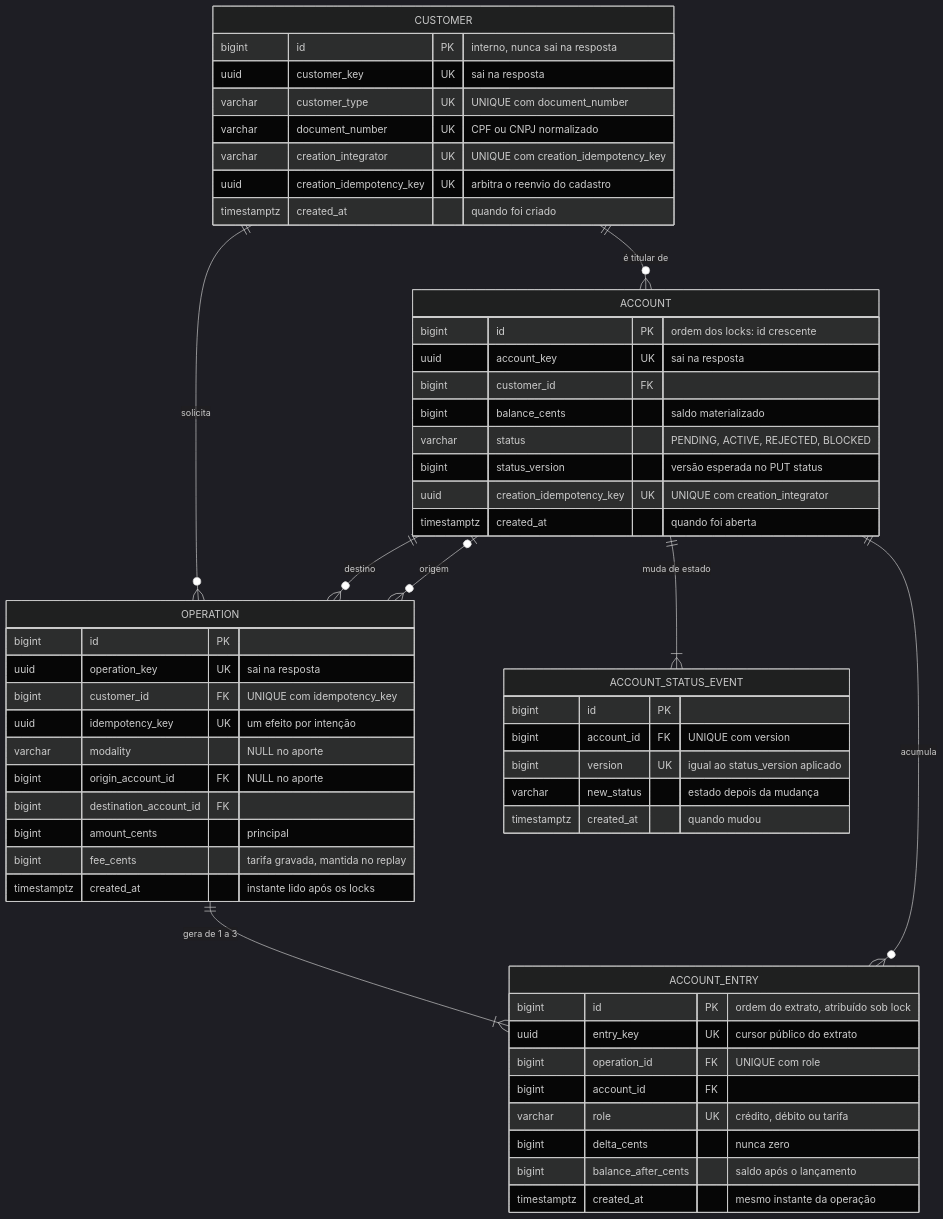
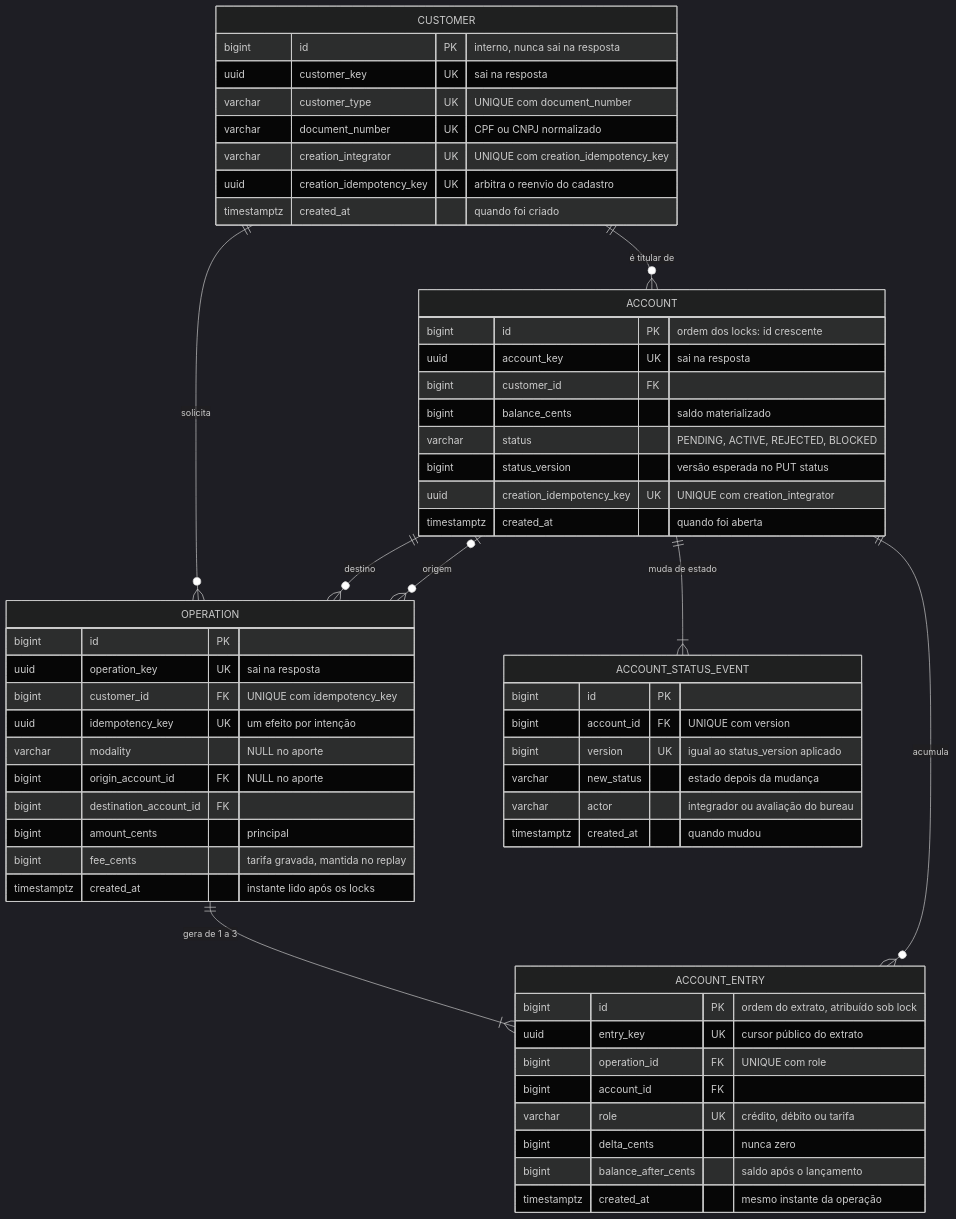
One commit to caiovilquer/qi-tech-projeto changed the fourth of 13 diagrams in docs/RFC-v8.md. Above: the diagram before and after it, drawn with Mermaid (dark theme). The commit also changed other lines of this file and 3 other files, not shown here.

First line of the commit message:
docs: expand the RFC to ten pages with route and flow diagrams

````diff
--- a/docs/RFC-v8.md
+++ b/docs/RFC-v8.md
@@ -84,59 +172,60 @@
 ```mermaid
 erDiagram
     CUSTOMER ||--o{ ACCOUNT : "é titular de"
     CUSTOMER ||--o{ OPERATION : "solicita"
     ACCOUNT ||--|{ ACCOUNT_STATUS_EVENT : "muda de estado"
     ACCOUNT ||--o{ OPERATION : "destino"
     ACCOUNT |o--o{ OPERATION : "origem"
     OPERATION ||--|{ ACCOUNT_ENTRY : "gera de 1 a 3"
     ACCOUNT ||--o{ ACCOUNT_ENTRY : "acumula"
 
     CUSTOMER {
         bigint id PK "interno, nunca sai na resposta"
         uuid customer_key UK "sai na resposta"
         varchar customer_type UK "UNIQUE com document_number"
         varchar document_number UK "CPF ou CNPJ normalizado"
         varchar creation_integrator UK "UNIQUE com creation_idempotency_key"
         uuid creation_idempotency_key UK "arbitra o reenvio do cadastro"
         timestamptz created_at "quando foi criado"
     }
     ACCOUNT {
         bigint id PK "ordem dos locks: id crescente"
         uuid account_key UK "sai na resposta"
         bigint customer_id FK
         bigint balance_cents "saldo materializado"
         varchar status "PENDING, ACTIVE, REJECTED, BLOCKED"
         bigint status_version "versão esperada no PUT status"
         uuid creation_idempotency_key UK "UNIQUE com creation_integrator"
         timestamptz created_at "quando foi aberta"
     }
     ACCOUNT_STATUS_EVENT {
         bigint id PK
         bigint account_id FK "UNIQUE com version"
         bigint version UK "igual ao status_version aplicado"
         varchar new_status "estado depois da mudança"
+        varchar actor "integrador ou avaliação do bureau"
         timestamptz created_at "quando mudou"
     }
     OPERATION {
         bigint id PK
         uuid operation_key UK "sai na resposta"
         bigint customer_id FK "UNIQUE com idempotency_key"
         uuid idempotency_key UK "um efeito por intenção"
         varchar modality "NULL no aporte"
         bigint origin_account_id FK "NULL no aporte"
         bigint destination_account_id FK
         bigint amount_cents "principal"
         bigint fee_cents "tarifa gravada, mantida no replay"
         timestamptz created_at "instante lido após os locks"
     }
     ACCOUNT_ENTRY {
         bigint id PK "ordem do extrato, atribuído sob lock"
         uuid entry_key UK "cursor público do extrato"
         bigint operation_id FK "UNIQUE com role"
         bigint account_id FK
         varchar role UK "crédito, débito ou tarifa"
         bigint delta_cents "nunca zero"
         bigint balance_after_cents "saldo após o lançamento"
         timestamptz created_at "mesmo instante da operação"
     }
 ```
````
